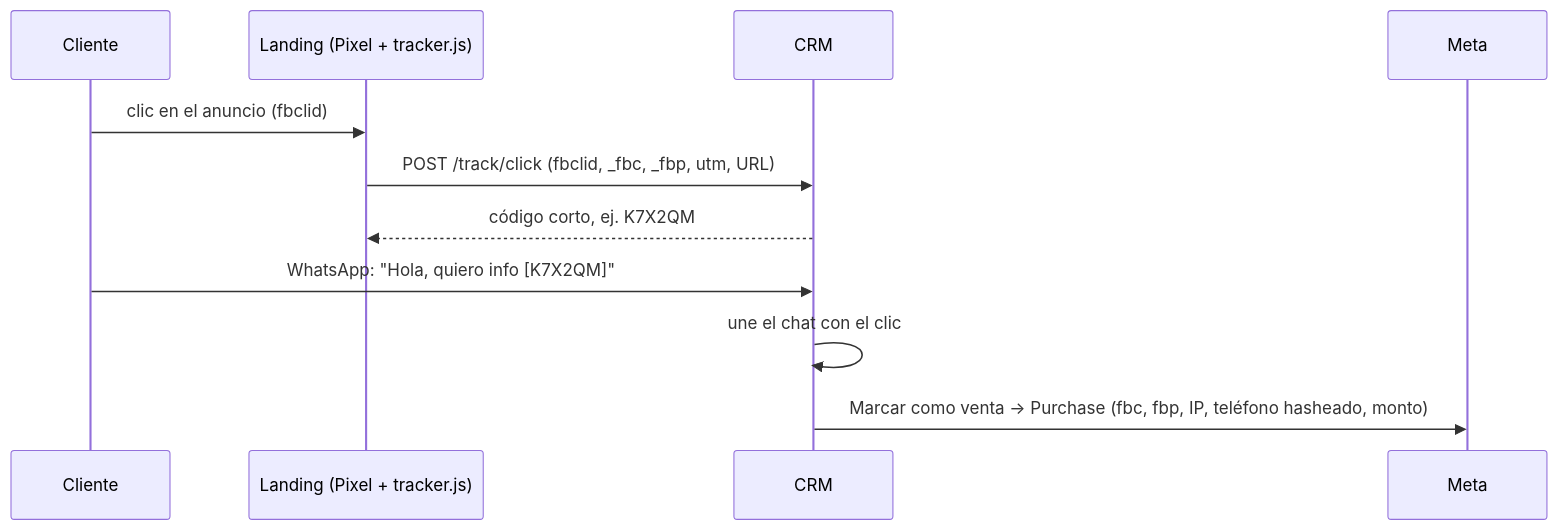
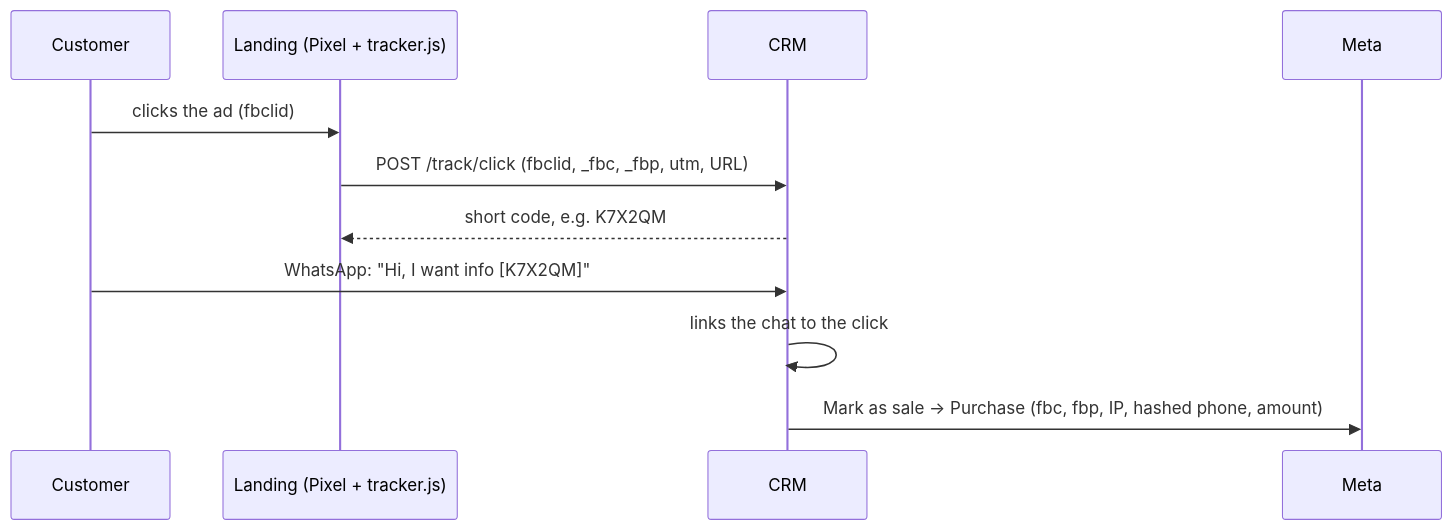
The second of 2 diagrams in README.md (lorenzo00005/universia-control), drawn with Mermaid before and after one commit. The commit also changed other lines of this file, not shown here.

````diff
--- a/README.md
+++ b/README.md
@@ -221,13 +221,13 @@
 ```mermaid
 sequenceDiagram
-    participant C as Cliente
+    participant C as Customer
     participant L as Landing (Pixel + tracker.js)
     participant R as CRM
     participant M as Meta
-    C->>L: clic en el anuncio (fbclid)
+    C->>L: clicks the ad (fbclid)
     L->>R: POST /track/click (fbclid, _fbc, _fbp, utm, URL)
-    R-->>L: código corto, ej. K7X2QM
-    C->>R: WhatsApp: "Hola, quiero info [K7X2QM]"
-    R->>R: une el chat con el clic
-    R->>M: Marcar como venta → Purchase (fbc, fbp, IP, teléfono hasheado, monto)
+    R-->>L: short code, e.g. K7X2QM
+    C->>R: WhatsApp: "Hi, I want info [K7X2QM]"
+    R->>R: links the chat to the click
+    R->>M: Mark as sale → Purchase (fbc, fbp, IP, hashed phone, amount)
 ```
````
